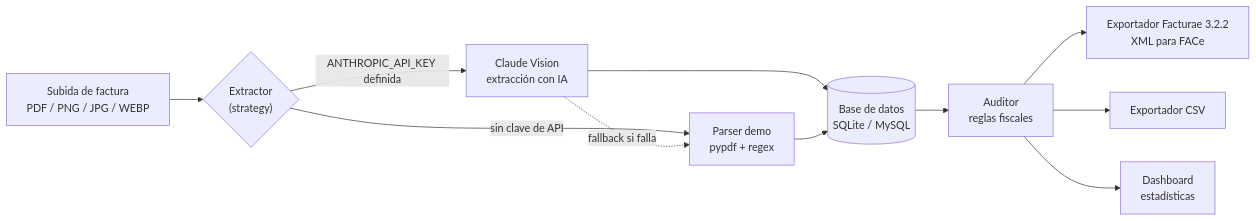
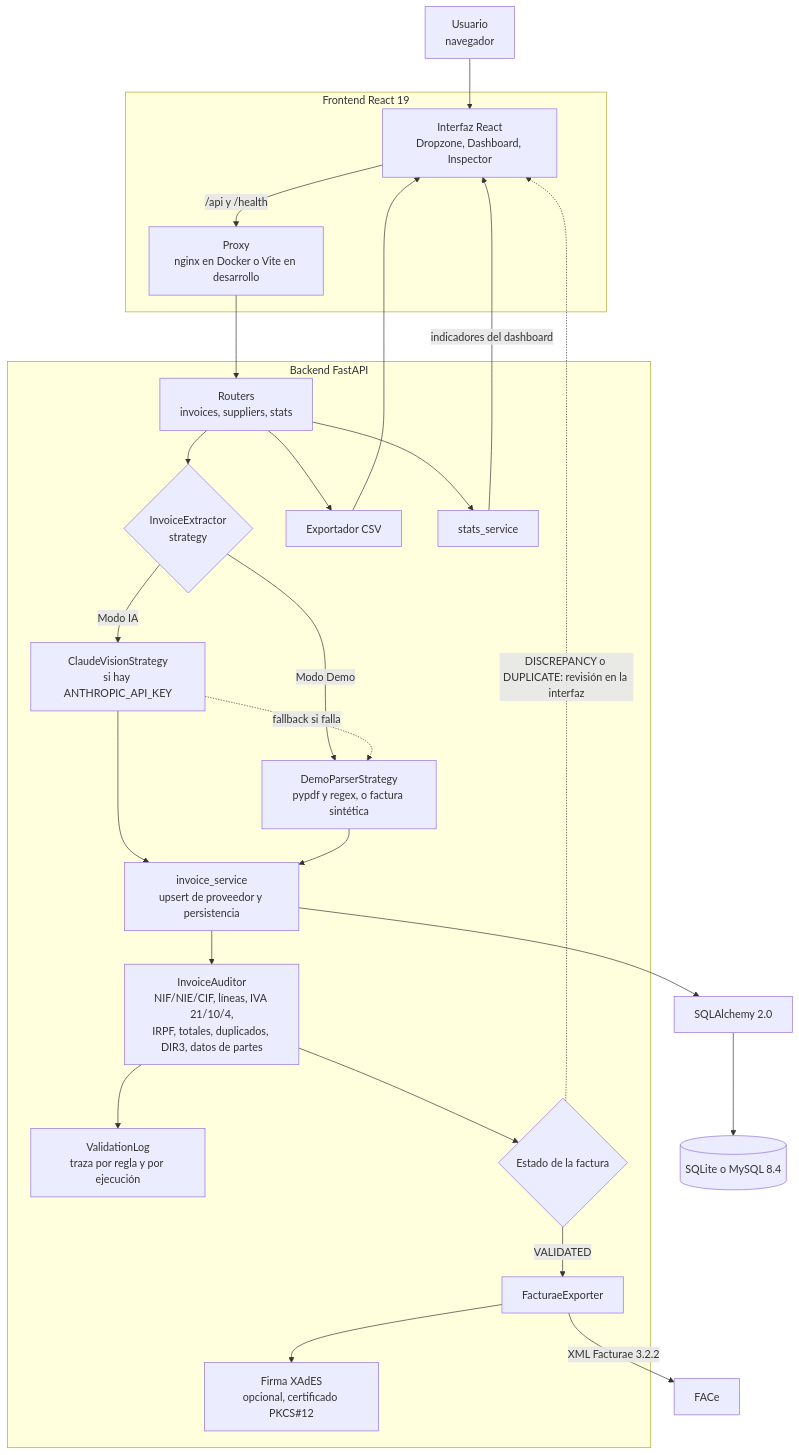
One commit to dftii/smart-invoice-auditor changed the first of 2 diagrams in README.md. Above: the diagram before and after it, drawn with Mermaid. The commit also changed other lines of this file and 95 other files, not shown here.

````diff
--- a/README.md
+++ b/README.md
@@ -19,13 +55,47 @@
 ```mermaid
-flowchart LR
-    U["Subida de factura<br/>PDF / PNG / JPG / WEBP"] --> E{"Extractor<br/>(strategy)"}
-    E -->|"ANTHROPIC_API_KEY definida"| AI["Claude Vision<br/>extracción con IA"]
-    E -->|"sin clave de API"| DEMO["Parser demo<br/>pypdf + regex"]
-    AI -.->|"fallback si falla"| DEMO
-    AI --> DB[("Base de datos<br/>SQLite / MySQL")]
-    DEMO --> DB
-    DB --> AUD["Auditor<br/>reglas fiscales"]
-    AUD --> FAC["Exportador Facturae 3.2.2<br/>XML para FACe"]
-    AUD --> CSV["Exportador CSV"]
-    AUD --> DASH["Dashboard<br/>estadísticas"]
+flowchart TB
+    U["Usuario<br/>navegador"] --> UI
+
+    subgraph FE ["Frontend React 19"]
+        UI["Interfaz React<br/>Dropzone, Dashboard, Inspector"]
+        PROXY["Proxy<br/>nginx en Docker o Vite en desarrollo"]
+        UI -->|"/api y /health"| PROXY
+    end
+
+    subgraph BE ["Backend FastAPI"]
+        R["Routers<br/>invoices, suppliers, stats"]
+        EX{"InvoiceExtractor<br/>strategy"}
+        CL["ClaudeVisionStrategy<br/>si hay ANTHROPIC_API_KEY"]
+        DM["DemoParserStrategy<br/>pypdf y regex, o factura sintética"]
+        SVC["invoice_service<br/>upsert de proveedor y persistencia"]
+        AUD["InvoiceAuditor<br/>NIF/NIE/CIF, líneas, IVA 21/10/4,<br/>IRPF, totales, duplicados, DIR3, datos de partes"]
+        LOG["ValidationLog<br/>traza por regla y por ejecución"]
+        ST{"Estado de la factura"}
+        FX["FacturaeExporter"]
+        XAD["Firma XAdES<br/>opcional, certificado PKCS#12"]
+        CSV["Exportador CSV"]
+        STATS["stats_service"]
+
+        R --> EX
+        EX -->|"Modo IA"| CL
+        EX -->|"Modo Demo"| DM
+        CL -.->|"fallback si falla"| DM
+        CL --> SVC
+        DM --> SVC
+        SVC --> AUD
+        AUD --> LOG
+        AUD --> ST
+        ST -->|"VALIDATED"| FX
+        FX --> XAD
+        R --> CSV
+        R --> STATS
+    end
+
+    PROXY --> R
+    SVC --> ORM["SQLAlchemy 2.0"]
+    ORM --> DB[("SQLite o MySQL 8.4")]
+    FX -->|"XML Facturae 3.2.2"| FACE["FACe"]
+    ST -.->|"DISCREPANCY o DUPLICATE: revisión en la interfaz"| UI
+    CSV --> UI
+    STATS -->|"indicadores del dashboard"| UI
 ```
````
